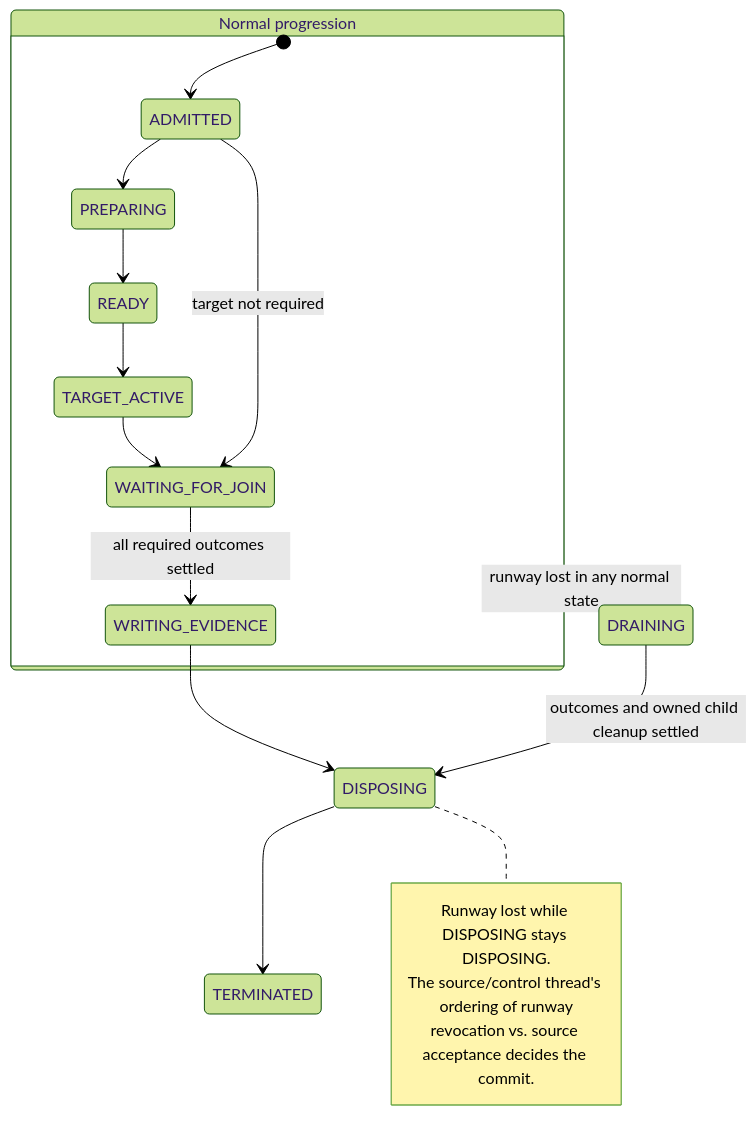
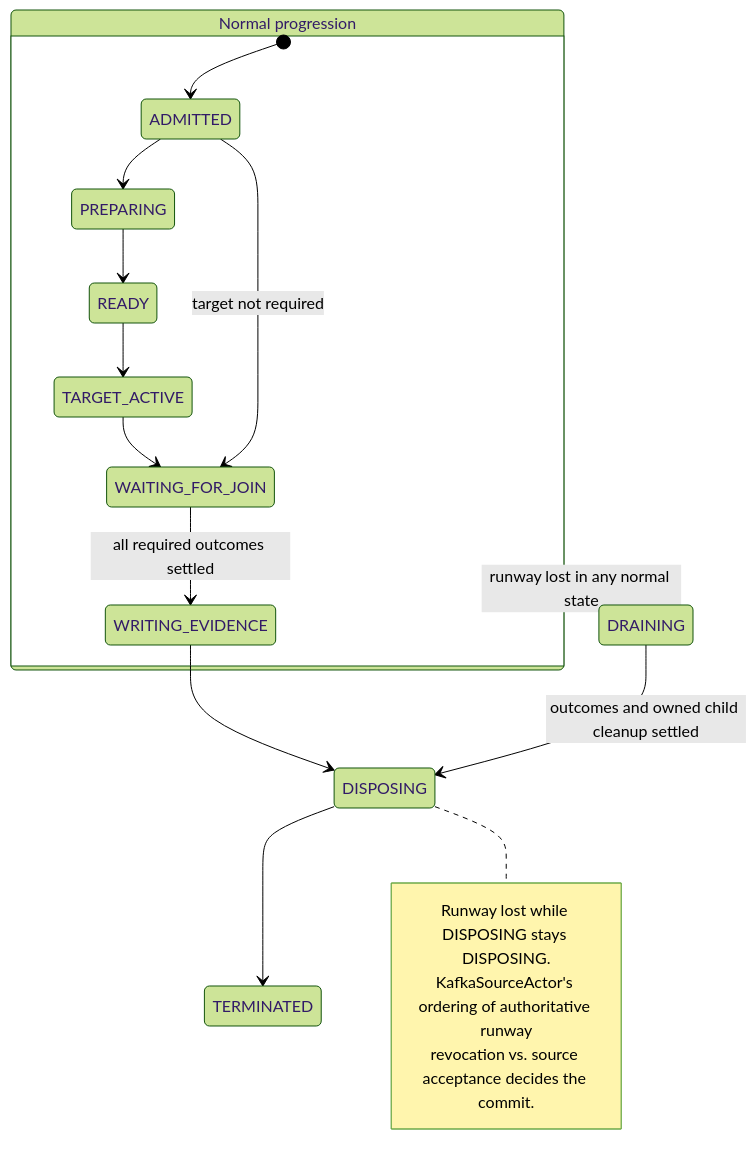
Before and after one commit to opensearch-project/opensearch-migrations: the fourth of 4 diagrams in docs/replayerHardenedArchitectureDesign.md, drawn with Mermaid (forest theme). The commit also changed other lines of this file and 9 other files, not shown here.

````diff
--- a/docs/replayerHardenedArchitectureDesign.md
+++ b/docs/replayerHardenedArchitectureDesign.md
@@ -1425,22 +1478,22 @@
 ```mermaid
 stateDiagram-v2
     direction TB
     state "Normal progression" as RUNNING {
         [*] --> ADMITTED
         ADMITTED --> PREPARING
         PREPARING --> READY
         READY --> TARGET_ACTIVE
         TARGET_ACTIVE --> WAITING_FOR_JOIN
         ADMITTED --> WAITING_FOR_JOIN: target not required
         WAITING_FOR_JOIN --> WRITING_EVIDENCE: all required outcomes settled
     }
     RUNNING --> DRAINING: runway lost in any normal state
     WRITING_EVIDENCE --> DISPOSING
     DRAINING --> DISPOSING: outcomes and owned child cleanup settled
     DISPOSING --> TERMINATED
     note right of DISPOSING
         Runway lost while DISPOSING stays DISPOSING.
-        The source/control thread's ordering of runway
+        KafkaSourceActor's ordering of authoritative runway
         revocation vs. source acceptance decides the commit.
     end note
 ```
````
